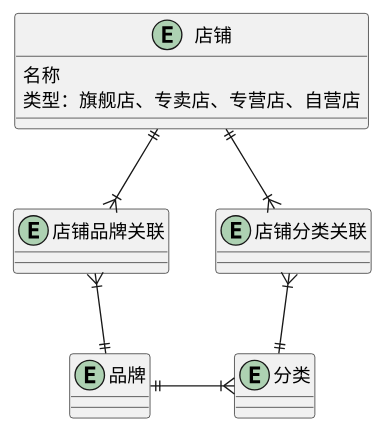
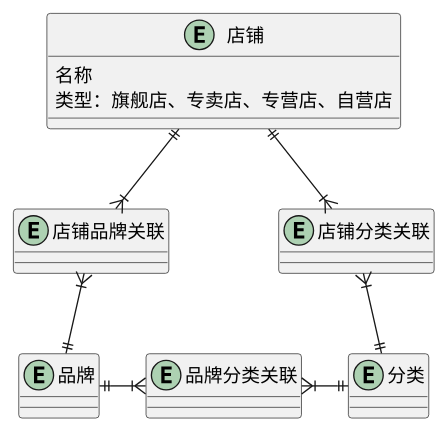
One commit to awesomecat2020/mock-mall changed the diagram in 店铺.wsd. Above: the diagram before and after it, drawn with PlantUML. The commit also changed 1 other file, not shown here.

Commit message:
UML 格式调整

```diff
--- a/店铺.wsd
+++ b/店铺.wsd
@@ -1,26 +1,30 @@
 @startuml 店铺UML
 
 entity 店铺 {
     名称
     类型：旗舰店、专卖店、专营店、自营店
 }
 entity 品牌 {
 
 }
 entity 店铺品牌关联 {
 
 }
 entity 分类 {
 
 }
 entity 店铺分类关联 {
 
 }
+entity 品牌分类关联 {
 
-品牌 ||-|{ 分类
+}
+
 店铺 ||--|{ 店铺品牌关联
 店铺品牌关联 }|--|| 品牌
 店铺 ||--|{ 店铺分类关联
 店铺分类关联 }|--|| 分类
+品牌 ||-|{ 品牌分类关联
+品牌分类关联 }|-|| 分类
 
 @enduml
```
